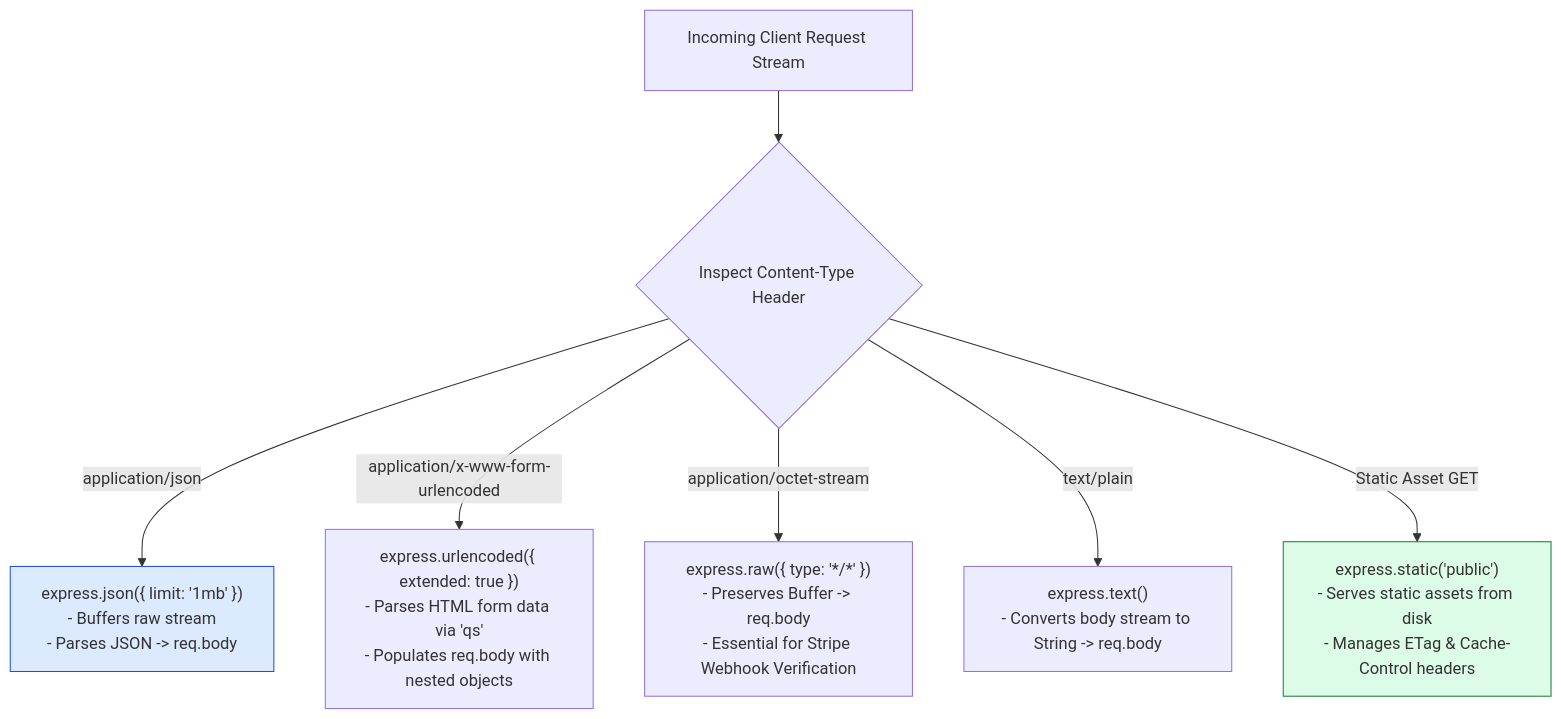
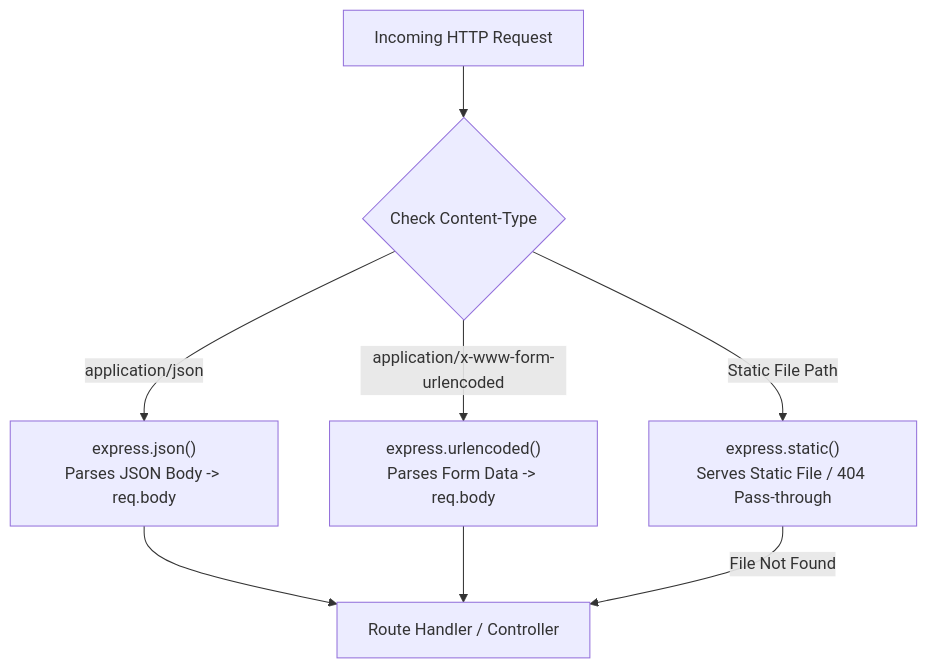
The diagram in express-notes/05-built-in-middleware.md (Amie-dev/engineering-playbook), drawn with Mermaid before and after one commit. The commit also changed other lines of this file and 26 other files, not shown here.

First line of the commit message:
Refactor middleware pipeline architecture and API gateway design for enhanced clarity and functionality

````diff
--- a/express-notes/05-built-in-middleware.md
+++ b/express-notes/05-built-in-middleware.md
@@ -13,13 +10,12 @@
 ```mermaid
 flowchart TD
-    ClientReq[Incoming Client Request Stream] --> CheckHeader{Inspect Content-Type Header}
-
-    CheckHeader -- "application/json" --> JSONParser["express.json({ limit: '1mb' })<br/>- Buffers raw stream<br/>- Parses JSON -> req.body"]
-    CheckHeader -- "application/x-www-form-urlencoded" --> URLParser["express.urlencoded({ extended: true })<br/>- Parses HTML form data via 'qs'<br/>- Populates req.body with nested objects"]
-    CheckHeader -- "application/octet-stream" --> RawParser["express.raw({ type: '*/*' })<br/>- Preserves Buffer -> req.body<br/>- Essential for Stripe Webhook Verification"]
-    CheckHeader -- "text/plain" --> TextParser["express.text()<br/>- Converts body stream to String -> req.body"]
-    CheckHeader -- "Static Asset GET" --> StaticServer["express.static('public')<br/>- Serves static assets from disk<br/>- Manages ETag & Cache-Control headers"]
-
-    style JSONParser fill:#dbeafe,stroke:#1d4ed8
-    style StaticServer fill:#dcfce7,stroke:#15803d
+    Req["Incoming HTTP Request"] --> ContentCheck{"Check Content-Type"}
+    
+    ContentCheck -->|application/json| JSONParser["express.json()<br/>Parses JSON Body -> req.body"]
+    ContentCheck -->|application/x-www-form-urlencoded| URLParser["express.urlencoded()<br/>Parses Form Data -> req.body"]
+    ContentCheck -->|Static File Path| StaticServer["express.static()<br/>Serves Static File / 404 Pass-through"]
+    
+    JSONParser --> RouteHandler["Route Handler / Controller"]
+    URLParser --> RouteHandler
+    StaticServer -->|File Not Found| RouteHandler
 ```
````
